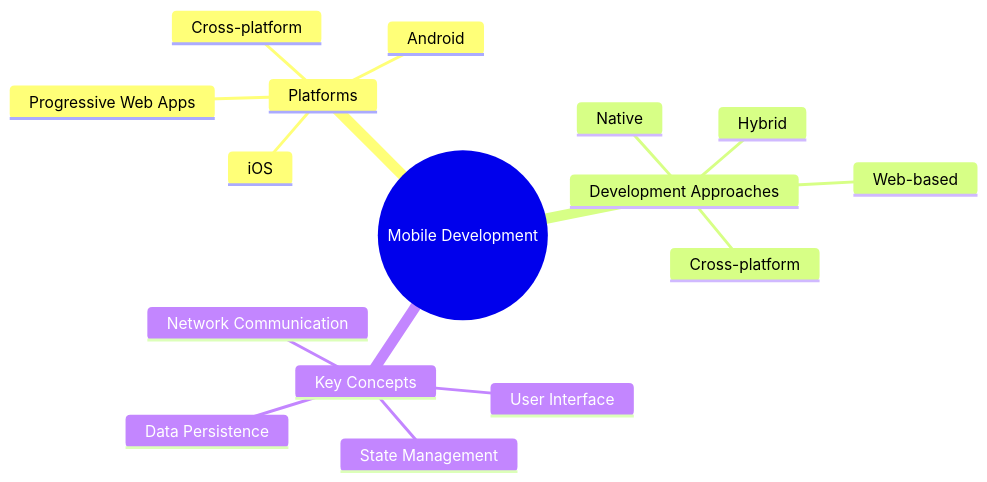
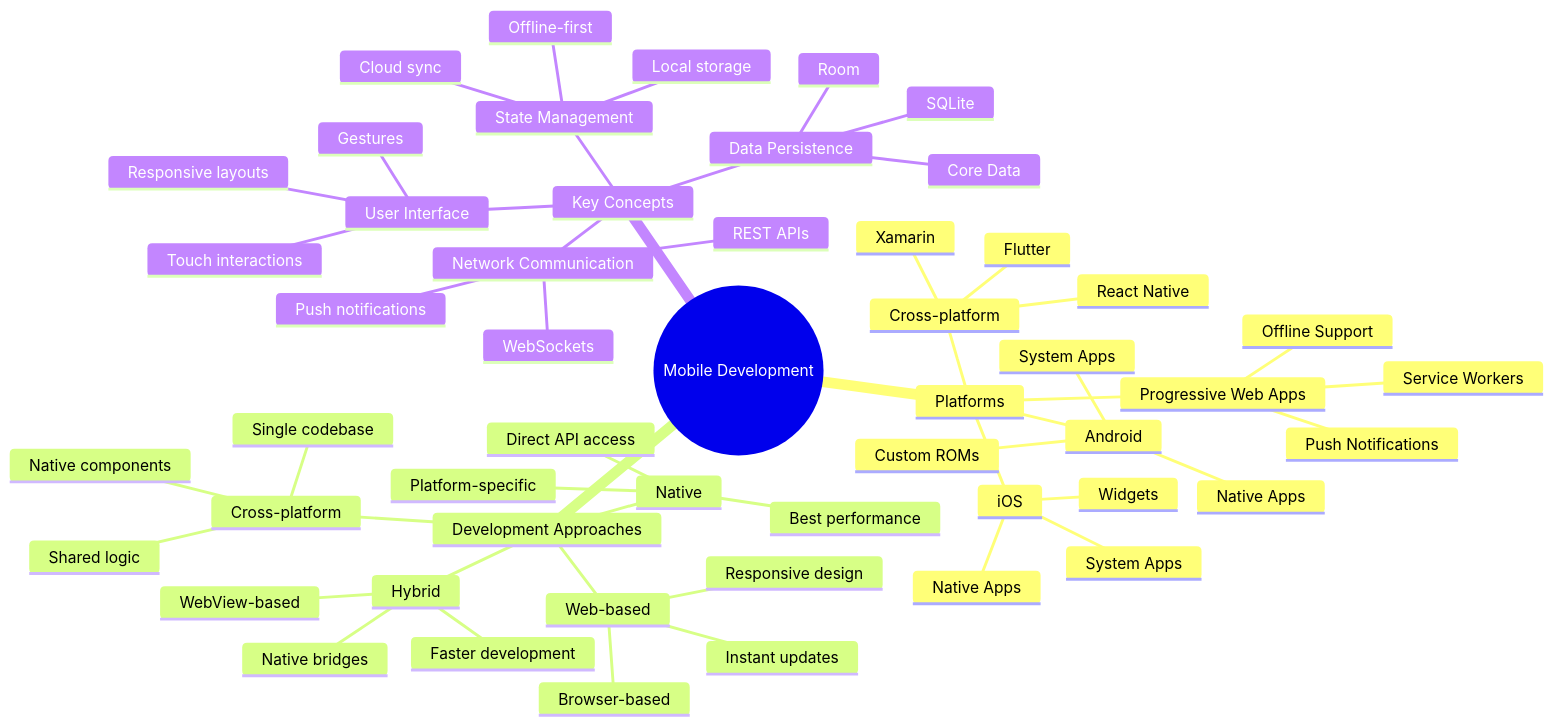
Before and after one commit to kivi98/study-buddy: the diagram in docs/mobile-app/introduction.md, drawn with Mermaid. The commit also changed other lines of this file and 42 other files, not shown here.

````diff
--- a/docs/mobile-app/introduction.md
+++ b/docs/mobile-app/introduction.md
@@ -11,19 +31,55 @@
 ```mermaid
 mindmap
     root((Mobile Development))
         Platforms
             Android
+                Native Apps
+                System Apps
+                Custom ROMs
             iOS
+                Native Apps
+                System Apps
+                Widgets
             Cross-platform
+                Flutter
+                React Native
+                Xamarin
             Progressive Web Apps
+                Service Workers
+                Offline Support
+                Push Notifications
         Development Approaches
             Native
+                Platform-specific
+                Direct API access
+                Best performance
             Hybrid
+                WebView-based
+                Native bridges
+                Faster development
             Cross-platform
+                Single codebase
+                Native components
+                Shared logic
             Web-based
+                Browser-based
+                Responsive design
+                Instant updates
         Key Concepts
             User Interface
+                Touch interactions
+                Gestures
+                Responsive layouts
             State Management
+                Local storage
+                Cloud sync
+                Offline-first
             Data Persistence
+                SQLite
+                Core Data
+                Room
             Network Communication
+                REST APIs
+                WebSockets
+                Push notifications
 ```
````
